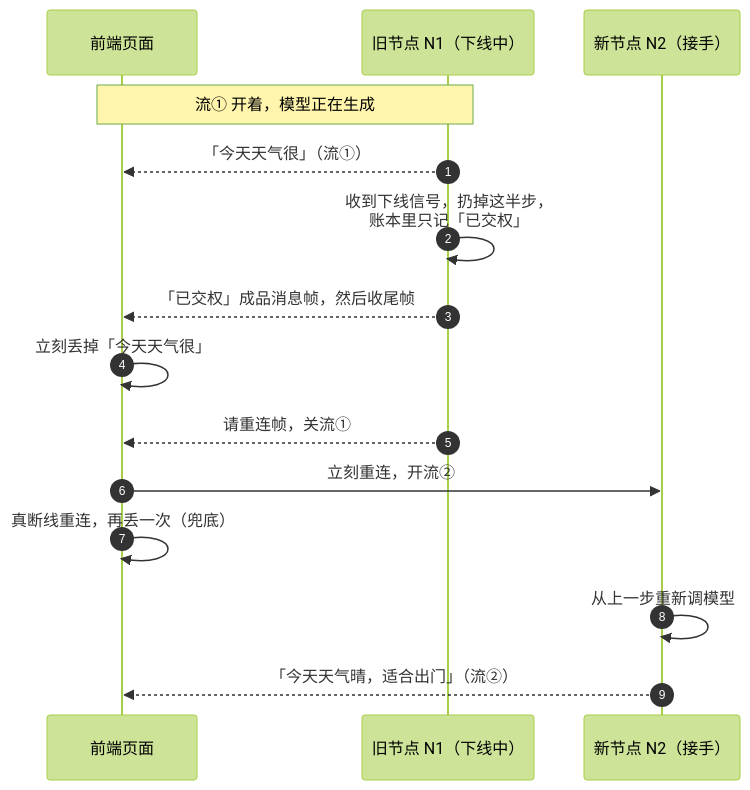
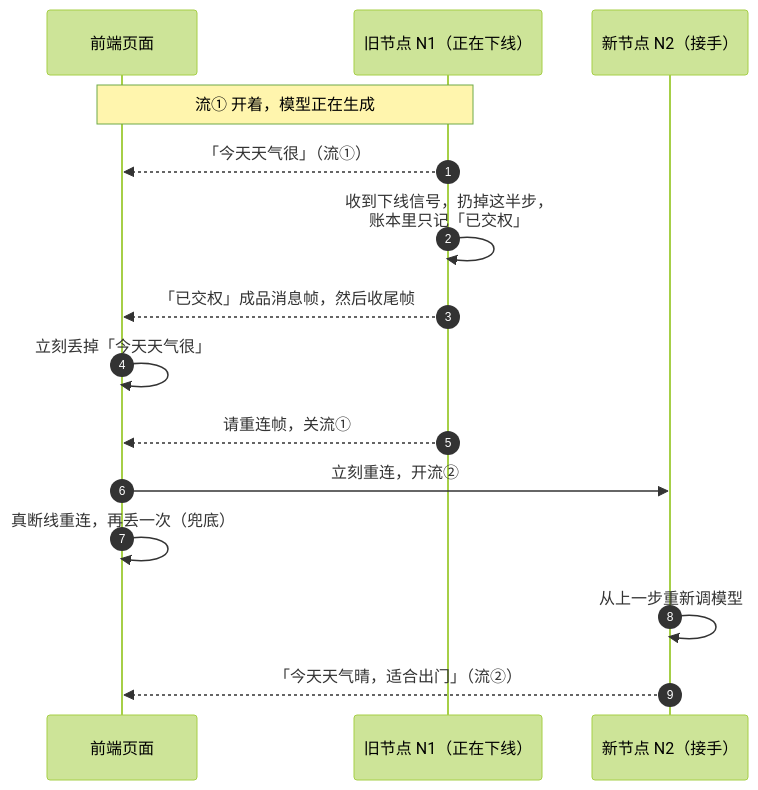
The second of 6 diagrams in docs/logic/orchestration/tech/handover.md (ludafa/runko), drawn with Mermaid (forest theme) before and after one commit. The commit also changed other lines of this file and 71 other files, not shown here.

````diff
--- a/docs/logic/orchestration/tech/handover.md
+++ b/docs/logic/orchestration/tech/handover.md
@@ -310,18 +312,18 @@
 ```mermaid
 sequenceDiagram
   autonumber
   participant F as 前端页面
-  participant N1 as 旧节点 N1（下线中）
+  participant N1 as 旧节点 N1（正在下线）
   participant N2 as 新节点 N2（接手）
 
   Note over F,N1: 流① 开着，模型正在生成
   N1-->>F: 「今天天气很」（流①）
   N1->>N1: 收到下线信号，扔掉这半步，<br/>账本里只记「已交权」
   N1-->>F: 「已交权」成品消息帧，然后收尾帧
   F->>F: 立刻丢掉「今天天气很」
   N1-->>F: 请重连帧，关流①
   F->>N2: 立刻重连，开流②
   F->>F: 真断线重连，再丢一次（兜底）
   N2->>N2: 从上一步重新调模型
   N2-->>F: 「今天天气晴，适合出门」（流②）
 ```
````
